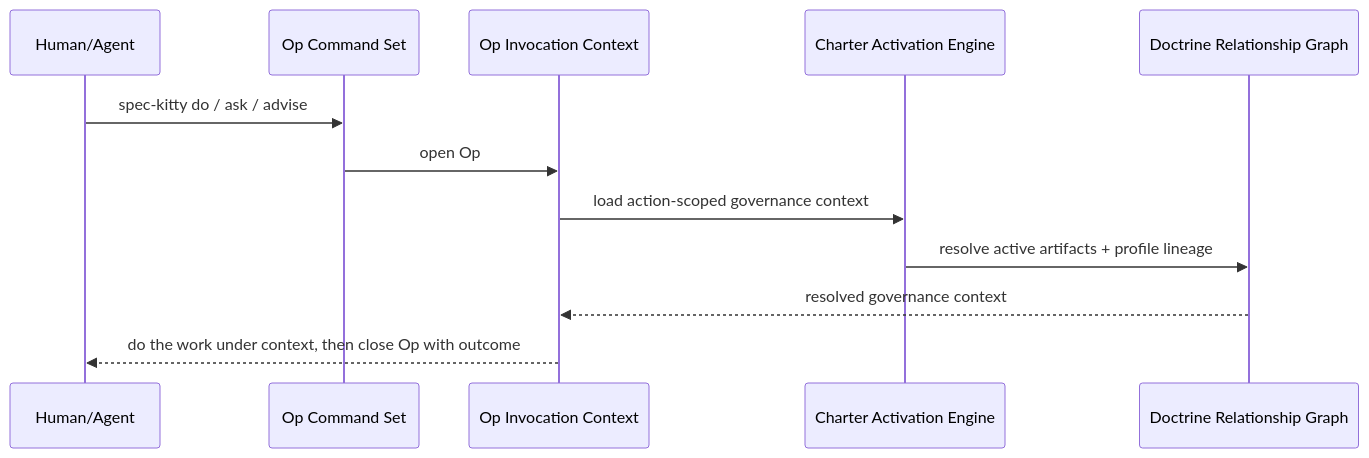
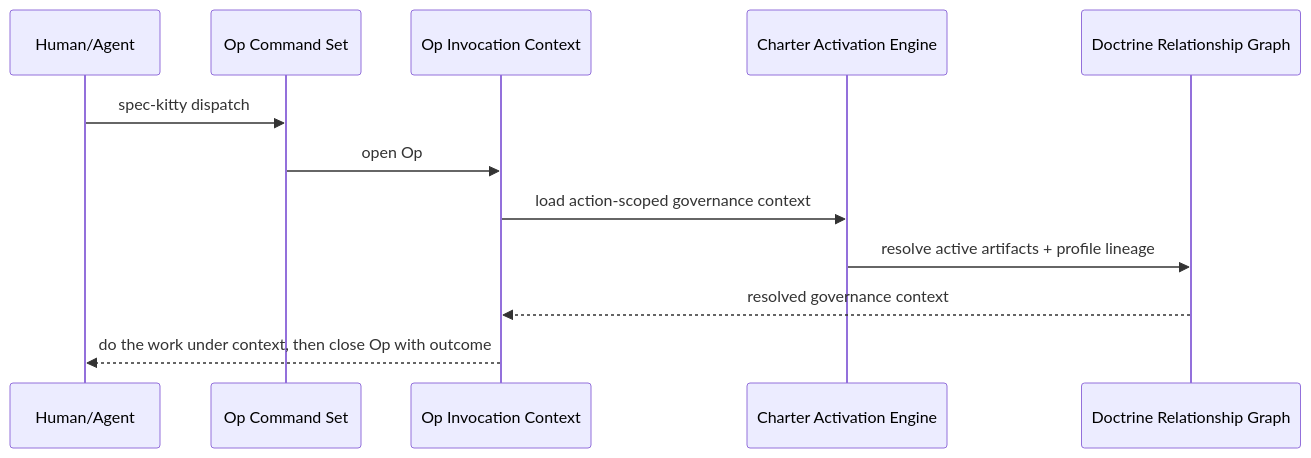
Before and after one commit to Priivacy-ai/spec-kitty: the fourth of 6 diagrams in architecture/diagrams/03_components/README.md, drawn with Mermaid. The commit also changed other lines of this file and 76 other files, not shown here.

````diff
--- a/architecture/diagrams/03_components/README.md
+++ b/architecture/diagrams/03_components/README.md
@@ -194,15 +194,15 @@
 ```mermaid
 sequenceDiagram
     participant User as Human/Agent
     participant OpCmd as Op Command Set
     participant Inv as Op Invocation Context
     participant Activation as Charter Activation Engine
     participant DRG as Doctrine Relationship Graph
 
-    User->>OpCmd: spec-kitty do / ask / advise
+    User->>OpCmd: spec-kitty dispatch
     OpCmd->>Inv: open Op
     Inv->>Activation: load action-scoped governance context
     Activation->>DRG: resolve active artifacts + profile lineage
     DRG-->>Inv: resolved governance context
     Inv-->>User: do the work under context, then close Op with outcome
 ```
````
